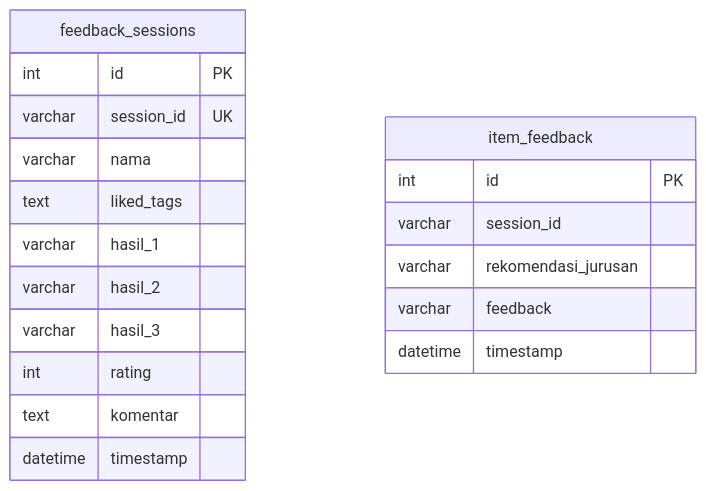
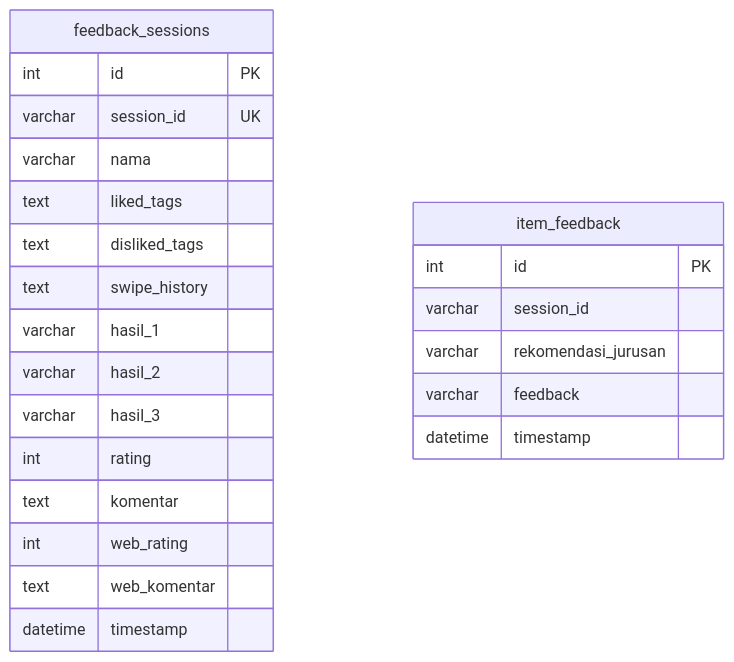
Before and after one commit to aryayaya11/major-match: the second of 2 diagrams in README.md, drawn with Mermaid. The commit also changed other lines of this file and 2 other files, not shown here.

````diff
--- a/README.md
+++ b/README.md
@@ -320,22 +334,26 @@
 ```mermaid
 erDiagram
     feedback_sessions {
         int id PK
         varchar session_id UK
         varchar nama
         text liked_tags
+        text disliked_tags
+        text swipe_history
         varchar hasil_1
         varchar hasil_2
         varchar hasil_3
         int rating
         text komentar
+        int web_rating
+        text web_komentar
         datetime timestamp
     }
     item_feedback {
         int id PK
         varchar session_id
         varchar rekomendasi_jurusan
         varchar feedback
         datetime timestamp
     }
 ```
````
